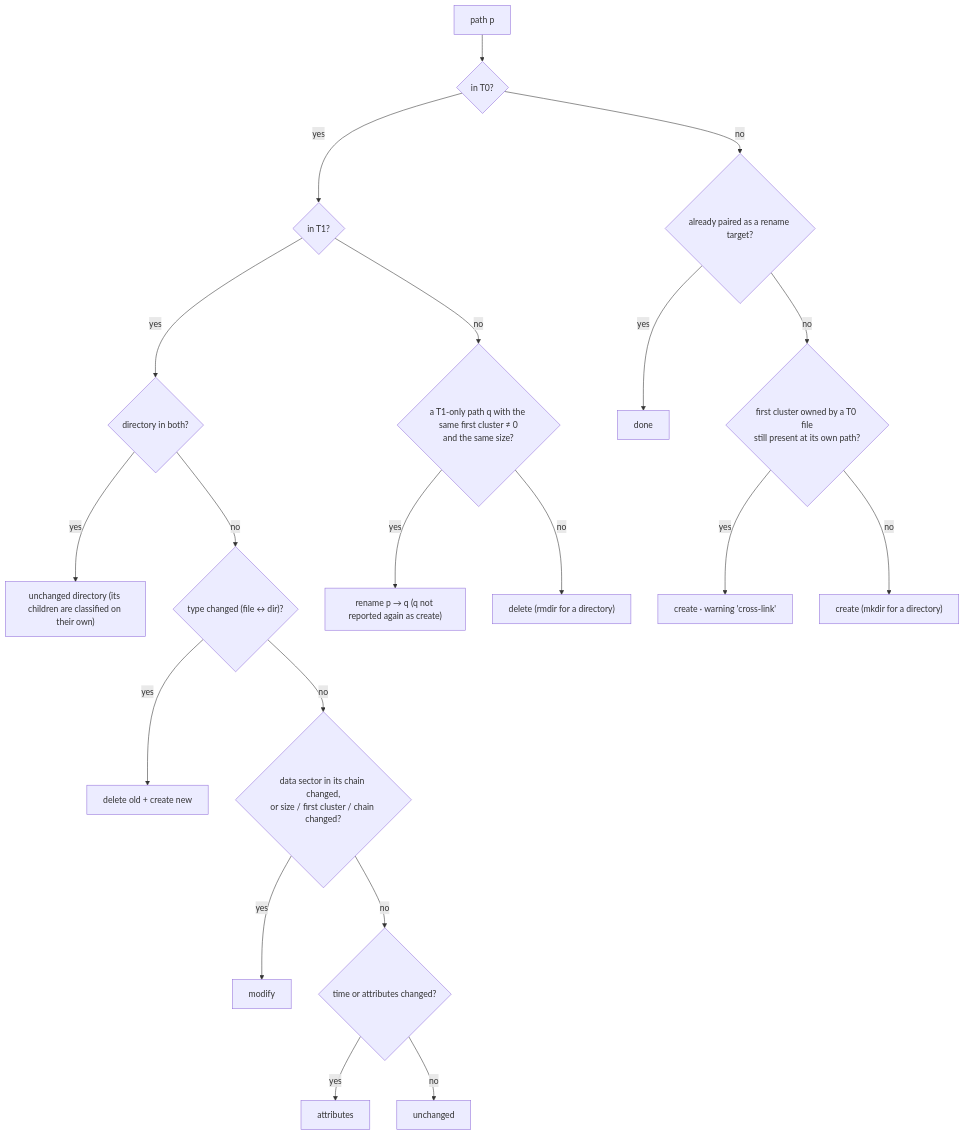
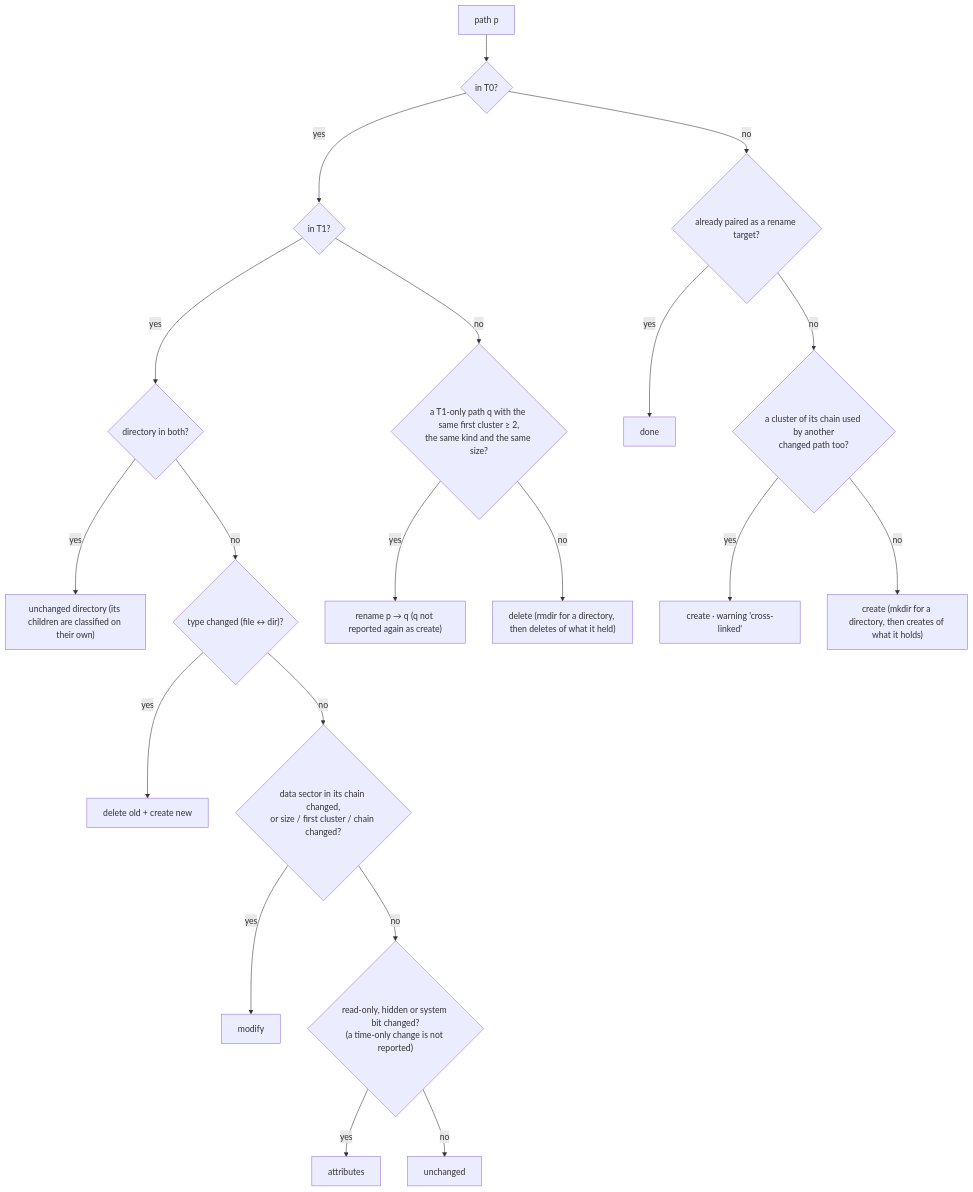
One commit to alfishe/unreal-ng changed the first of 7 diagrams in docs/inprogress/2026-10-05-media-multisource/flatten-strategies.md. Above: the diagram before and after it, drawn with Mermaid. The commit also changed other lines of this file and 57 other files, not shown here.

````diff
--- a/docs/inprogress/2026-10-05-media-multisource/flatten-strategies.md
+++ b/docs/inprogress/2026-10-05-media-multisource/flatten-strategies.md
@@ -72,22 +120,22 @@
    ```mermaid
    flowchart TD
        A["path p"] --> B{"in T0?"}
        B -->|"yes"| C{"in T1?"}
        C -->|"yes"| D{"directory in both?"}
        D -->|"yes"| U0["unchanged directory (its children are classified on their own)"]
        D -->|"no"| E{"type changed (file ↔ dir)?"}
        E -->|"yes"| TC["delete old + create new"]
        E -->|"no"| F{"data sector in its chain changed,<br/>or size / first cluster / chain changed?"}
        F -->|"yes"| MOD["modify"]
-       F -->|"no"| G{"time or attributes changed?"}
+       F -->|"no"| G{"read-only, hidden or system bit changed?<br/>(a time-only change is not reported)"}
        G -->|"yes"| ATT["attributes"]
        G -->|"no"| UN["unchanged"]
-       C -->|"no"| H{"a T1-only path q with the same first cluster ≠ 0<br/>and the same size?"}
+       C -->|"no"| H{"a T1-only path q with the same first cluster ≥ 2,<br/>the same kind and the same size?"}
        H -->|"yes"| REN["rename p → q (q not reported again as create)"]
-       H -->|"no"| DEL["delete (rmdir for a directory)"]
+       H -->|"no"| DEL["delete (rmdir for a directory, then deletes of what it held)"]
        B -->|"no"| I{"already paired as a rename target?"}
        I -->|"yes"| SKIP["done"]
-       I -->|"no"| J{"first cluster owned by a T0 file<br/>still present at its own path?"}
-       J -->|"yes"| W["create · warning 'cross-link'"]
-       J -->|"no"| CR["create (mkdir for a directory)"]
+       I -->|"no"| J{"a cluster of its chain used by another<br/>changed path too?"}
+       J -->|"yes"| W["create · warning 'cross-linked'"]
+       J -->|"no"| CR["create (mkdir for a directory, then creates of what it holds)"]
    ```
````
